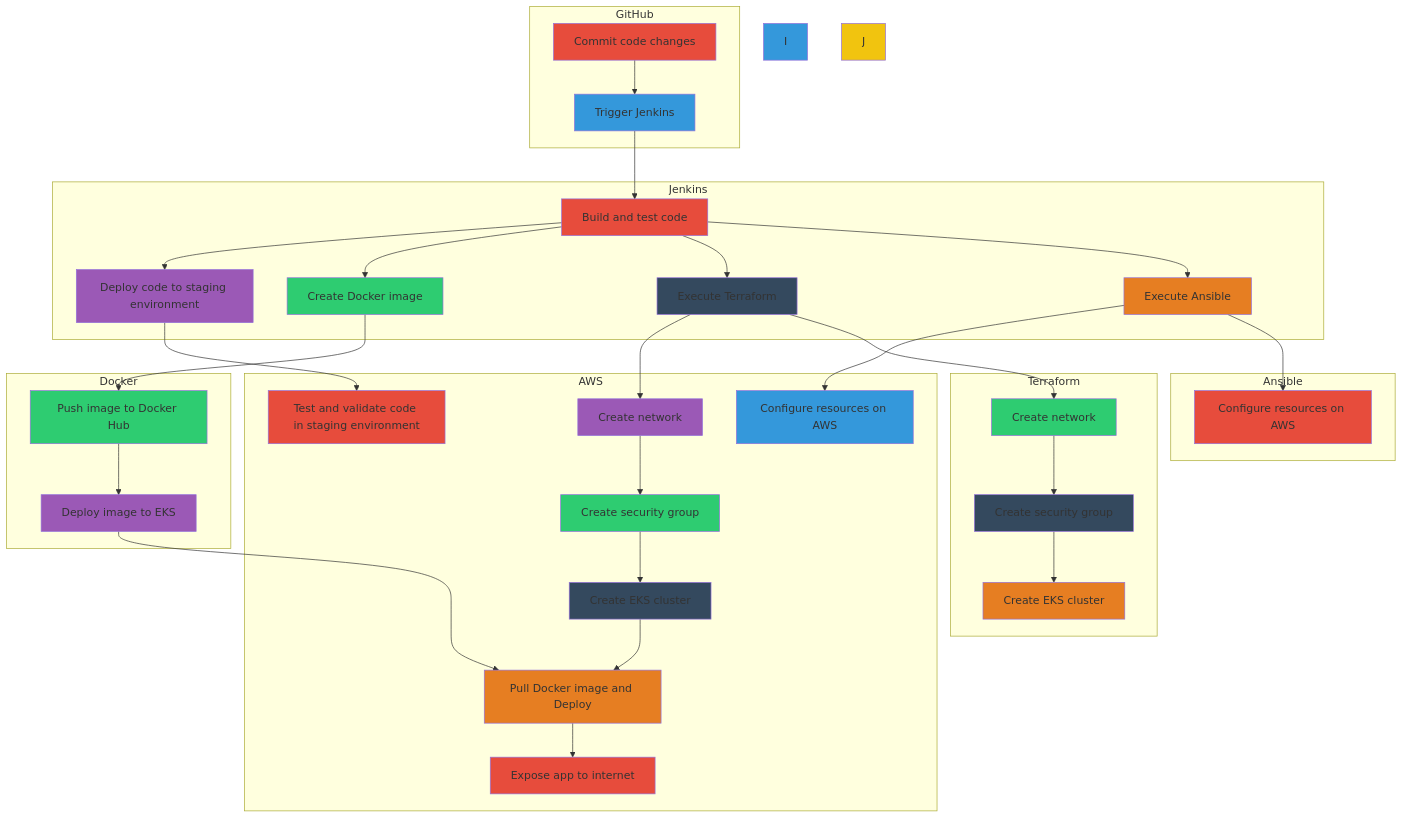
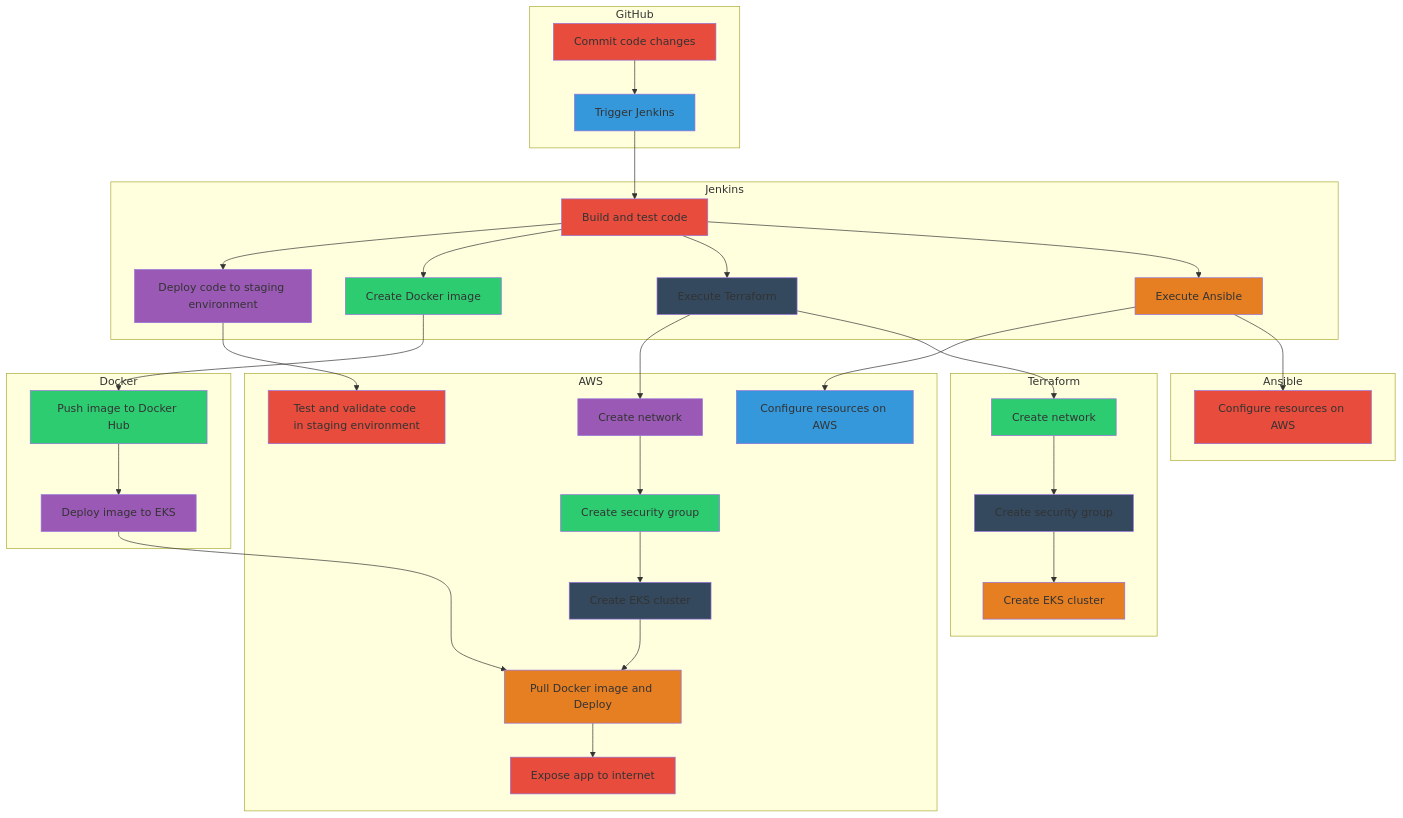
The diagram in diagram.md (Kasdal/FYP-Report), drawn with Mermaid before and after one commit.

Commit message:
Diagram cleanup

````diff
--- a/diagram.md
+++ b/diagram.md
@@ -1,59 +1,57 @@
 ```mermaid
 graph TD;
     subgraph GitHub
         A[Commit code changes] --> B[Trigger Jenkins]
     end
     subgraph Jenkins
         B --> C[Build and test code]
         C --> D[Deploy code to staging environment]
         C --> E[Create Docker image]
         C --> F[Execute Terraform]
         C --> G[Execute Ansible]
     end
     subgraph AWS
         D --> H[Test and validate code in staging environment]
         F --> K[Create network]
         K --> L[Create security group]
         L --> M[Create EKS cluster]
         M --> N[Deploy app to EKS]
         N --> O[Expose app to internet]
         G --> P[Configure resources on AWS]
     end
     subgraph Docker
         E --> Q[Push image to Docker Hub]
         Q --> R[Deploy image to EKS]
         R --> N[Pull Docker image and Deploy]
     end
     subgraph Terraform
         F --> S[Create network]
         S --> T[Create security group]
         T --> U[Create EKS cluster]
     end
     subgraph Ansible
         G --> V[Configure resources on AWS]
     end
     style A fill:#e74c3c
     style B fill:#3498db
     style C fill:#e74c3c
     style D fill:#9b59b6
     style E fill:#2ecc71
     style F fill:#34495e
     style G fill:#e67e22
     style H fill:#e74c3c
-    style I fill:#3498db
-    style J fill:#f1c40f
     style K fill:#9b59b6
     style L fill:#2ecc71
     style M fill:#34495e
     style N fill:#e67e22
     style O fill:#e74c3c
     style P fill:#3498db
     style Q fill:#2ecc71
     style R fill:#9b59b6
     style S fill:#2ecc71
     style T fill:#34495e
     style U fill:#e67e22
     style V fill:#e74c3c
 
 
 ```
````
